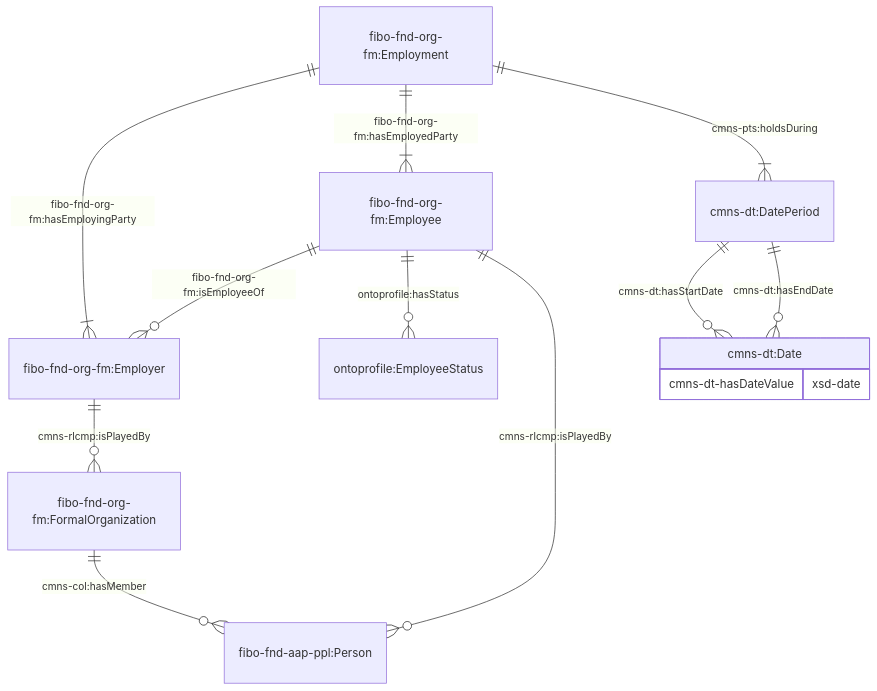
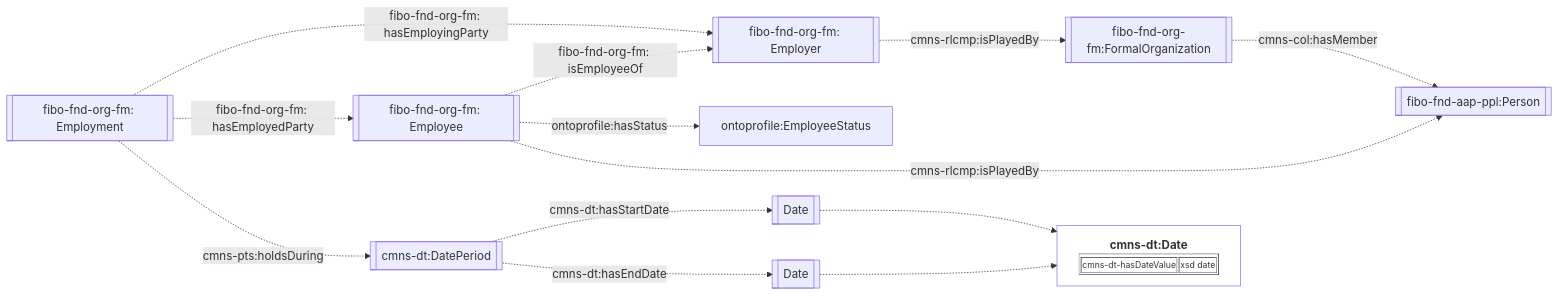
Before and after one commit to cambridge-cares/TheWorldAvatar: the fifth of 6 diagrams in JPS_Ontology/ontology/ontoprofile/README.MD, drawn with Mermaid. The commit also changed other lines of this file, not shown here.

Commit message:
dev-service-execution-ontology-extension: move to flow chart for ontology diagrams in ontoprofile

````diff
--- a/JPS_Ontology/ontology/ontoprofile/README.MD
+++ b/JPS_Ontology/ontology/ontoprofile/README.MD
@@ -142,18 +153,20 @@
 ```mermaid
-    erDiagram
-    "fibo-fnd-org-fm:Employer" ||--o{ "fibo-fnd-org-fm:FormalOrganization"  : "cmns-rlcmp:isPlayedBy"
-    "fibo-fnd-org-fm:Employee" ||--o{ "fibo-fnd-org-fm:Employer" : "fibo-fnd-org-fm:isEmployeeOf"
-    "fibo-fnd-org-fm:Employee" ||--o{ "ontoprofile:EmployeeStatus" : "ontoprofile:hasStatus"
+flowchart LR
+    %% Styling
+    classDef literal fill:none
 
-    "fibo-fnd-org-fm:FormalOrganization" ||--o{ "fibo-fnd-aap-ppl:Person" : "cmns-col:hasMember"
-    "fibo-fnd-org-fm:Employee" ||--o{ "fibo-fnd-aap-ppl:Person"  : "cmns-rlcmp:isPlayedBy"
+    %% Diagram
+    Employment[[fibo-fnd-org-fm: Employment]] -. fibo-fnd-org-fm: hasEmployingParty .-> Employer[[fibo-fnd-org-fm: Employer]]
+    Employment[[fibo-fnd-org-fm: Employment]] -. fibo-fnd-org-fm: hasEmployedParty .-> Employee[[fibo-fnd-org-fm: Employee]]
+    Employment[[fibo-fnd-org-fm: Employment]] -. cmns-pts:holdsDuring .-> DatePeriod[[cmns-dt:DatePeriod]]
+    DatePeriod -. cmns-dt:hasStartDate .-> StartDate[[Date]]
+    DatePeriod -. cmns-dt:hasEndDate .-> EndDate[[Date]]
+    StartDate -.-> Date["<table border='1' style='font-size:0.75rem;'><tr style='font-size:1.25rem;'><b>cmns-dt:Date</b></tr><tr><td>cmns-dt-hasDateValue</td><td>xsd date</td></tr></table>"]:::literal
+    EndDate -.-> Date
 
-    "fibo-fnd-org-fm:Employment" ||--|{ "fibo-fnd-org-fm:Employer" : "fibo-fnd-org-fm:hasEmployingParty"
-    "fibo-fnd-org-fm:Employment" ||--|{ "fibo-fnd-org-fm:Employee" : "fibo-fnd-org-fm:hasEmployedParty"
-    "fibo-fnd-org-fm:Employment" ||--|{ "cmns-dt:DatePeriod" : "cmns-pts:holdsDuring"
-    "cmns-dt:DatePeriod" ||--o{ "cmns-dt:Date" : "cmns-dt:hasStartDate"
-    "cmns-dt:DatePeriod" ||--o{ "cmns-dt:Date" : "cmns-dt:hasEndDate"
-    "cmns-dt:Date" {
-        cmns-dt-hasDateValue xsd-date
-    }
+    Employee -. fibo-fnd-org-fm: isEmployeeOf .-> Employer
+    Employee -. ontoprofile:hasStatus .-> ontoprofile:EmployeeStatus
+    Employer -. cmns-rlcmp:isPlayedBy .-> Org[[fibo-fnd-org-fm:FormalOrganization]]
+    Employee -. cmns-rlcmp:isPlayedBy .-> Person[[fibo-fnd-aap-ppl:Person]]
+    Org -. cmns-col:hasMember .-> Person
 ```
````
